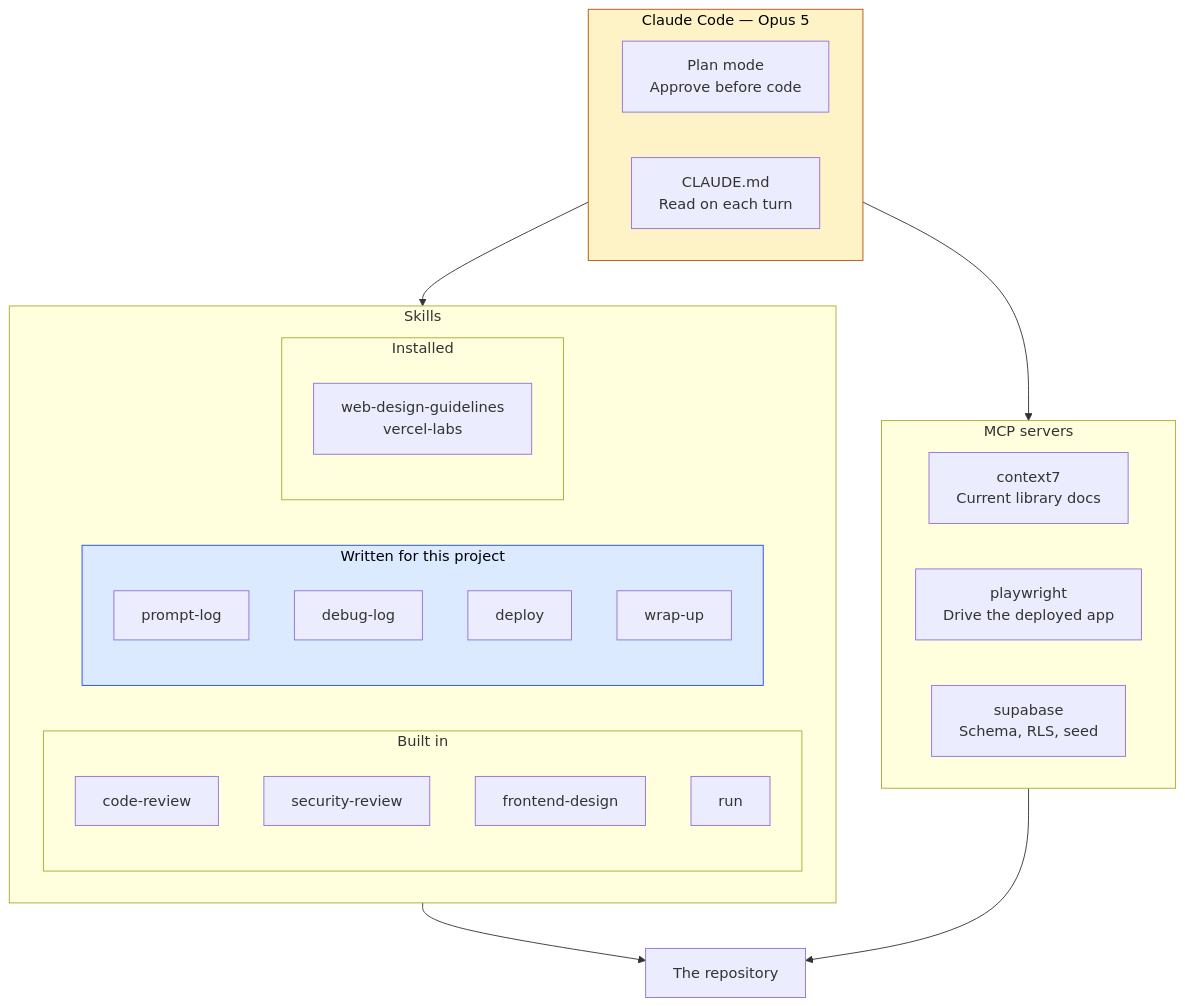
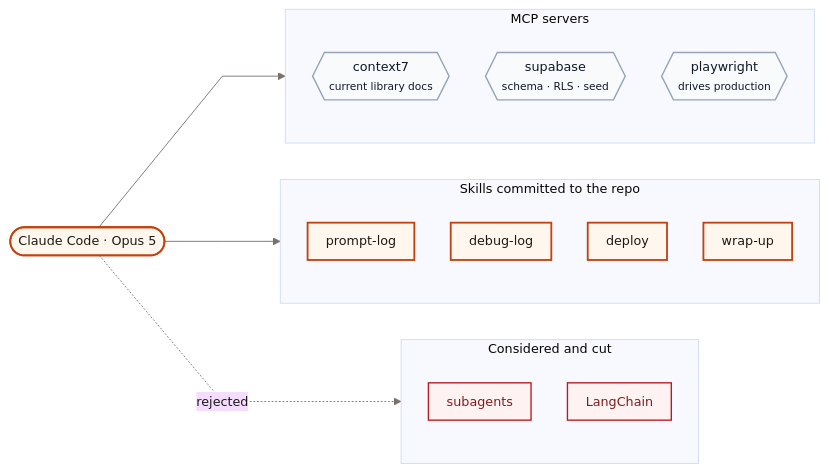
One commit to Rounak7721/ReForge changed the first of 3 diagrams in docs/02-ai-tools-and-workflow.md. Above: the diagram before and after it, drawn with Mermaid. The commit also changed 5 other files, not shown here.

````diff
--- a/docs/02-ai-tools-and-workflow.md
+++ b/docs/02-ai-tools-and-workflow.md
@@ -12,40 +12,37 @@
 ```mermaid
-flowchart TB
-    subgraph AGENT["Claude Code — Opus 5"]
-        PM["Plan mode<br/>Approve before code"]
-        MEM["CLAUDE.md<br/>Read on each turn"]
+%%{init: {'theme':'base','themeVariables':{'fontFamily':'ui-sans-serif, system-ui, sans-serif','fontSize':'14px','lineColor':'#78716c','primaryTextColor':'#1c1917'},'flowchart':{'curve':'linear','nodeSpacing':40,'rankSpacing':70,'padding':10}}}%%
+flowchart LR
+    CC(["Claude Code · Opus 5"])
+
+    subgraph MCP["MCP servers"]
+        direction TB
+        C7{{"context7<br/><small>current library docs</small>"}}
+        SB{{"supabase<br/><small>schema · RLS · seed</small>"}}
+        PW{{"playwright<br/><small>drives production</small>"}}
     end
 
-    subgraph SKILLS["Skills"]
-        direction LR
-        subgraph BUILT["Built in"]
-            CR["code-review"]
-            SR["security-review"]
-            FD["frontend-design"]
-            RUN["run"]
-        end
-        subgraph MADE["Written for this project"]
-            PL["prompt-log"]
-            DL["debug-log"]
-            DEP["deploy"]
-            WU["wrap-up"]
-        end
-        subgraph INST["Installed"]
-            WDG["web-design-guidelines<br/>vercel-labs"]
-        end
+    subgraph SK["Skills committed to the repo"]
+        direction TB
+        PL["prompt-log"]
+        DL["debug-log"]
+        DP["deploy"]
+        WU["wrap-up"]
     end
 
-    subgraph MCP["MCP servers"]
-        C7["context7<br/>Current library docs"]
-        PW["playwright<br/>Drive the deployed app"]
-        SB["supabase<br/>Schema, RLS, seed"]
+    subgraph NO["Considered and cut"]
+        direction TB
+        NA["subagents"]
+        NF["LangChain"]
     end
 
-    AGENT --> SKILLS
-    AGENT --> MCP
-    SKILLS --> REPO["The repository"]
-    MCP --> REPO
+    CC --> MCP
+    CC --> SK
+    CC -.->|rejected| NO
 
-    style MADE fill:#dbeafe,stroke:#1d4ed8,color:#000
-    style AGENT fill:#fef3c7,stroke:#b45309,color:#000
+    classDef core fill:#fff7ed,stroke:#c2410c,stroke-width:2px,color:#1c1917
+    classDef ext fill:#f8fafc,stroke:#94a3b8,stroke-width:1.5px,color:#0f172a
+    classDef bad fill:#fef2f2,stroke:#b91c1c,stroke-width:1.5px,color:#7f1d1d
+    class CC,PL,DL,DP,WU core
+    class C7,SB,PW ext
+    class NA,NF bad
 ```
````
